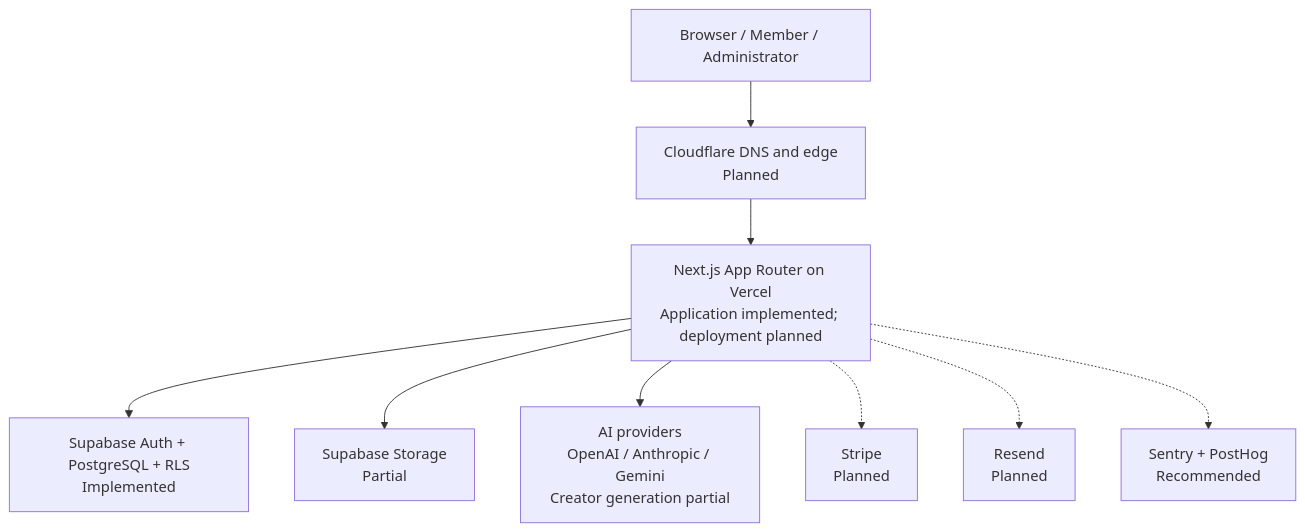
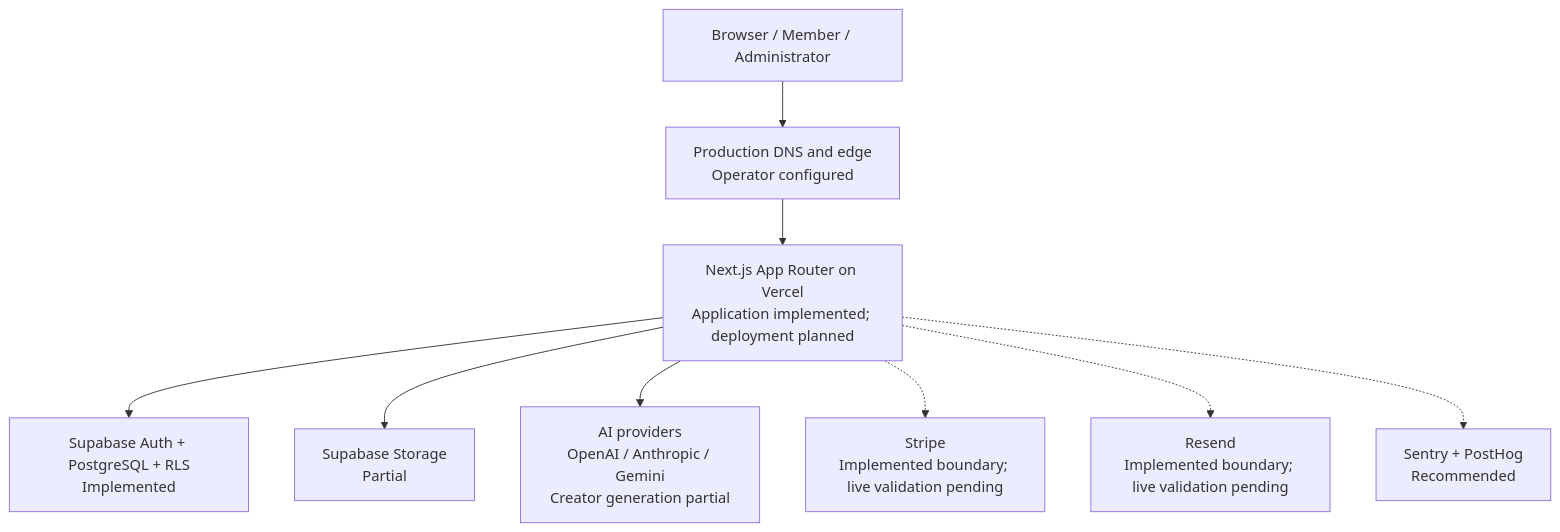
The first of 5 diagrams in docs/03_System_Architecture.md (drjendan/creator-community-ai), drawn with Mermaid before and after one commit. The commit also changed other lines of this file and 331 other files, not shown here.

````diff
--- a/docs/03_System_Architecture.md
+++ b/docs/03_System_Architecture.md
@@ -26,19 +26,19 @@
 ```mermaid
 flowchart TB
   U[Browser / Member / Administrator]
-  CF[Cloudflare DNS and edge<br/>Planned]
+  CF[Production DNS and edge<br/>Operator configured]
   NX[Next.js App Router on Vercel<br/>Application implemented; deployment planned]
   SB[Supabase Auth + PostgreSQL + RLS<br/>Implemented]
   ST[Supabase Storage<br/>Partial]
   AI[AI providers<br/>OpenAI / Anthropic / Gemini<br/>Creator generation partial]
-  STR[Stripe<br/>Planned]
-  EM[Resend<br/>Planned]
+  STR[Stripe<br/>Implemented boundary; live validation pending]
+  EM[Resend<br/>Implemented boundary; live validation pending]
   OBS[Sentry + PostHog<br/>Recommended]
   U --> CF --> NX
   NX --> SB
   NX --> ST
   NX --> AI
   NX -.-> STR
   NX -.-> EM
   NX -.-> OBS
 ```
````
